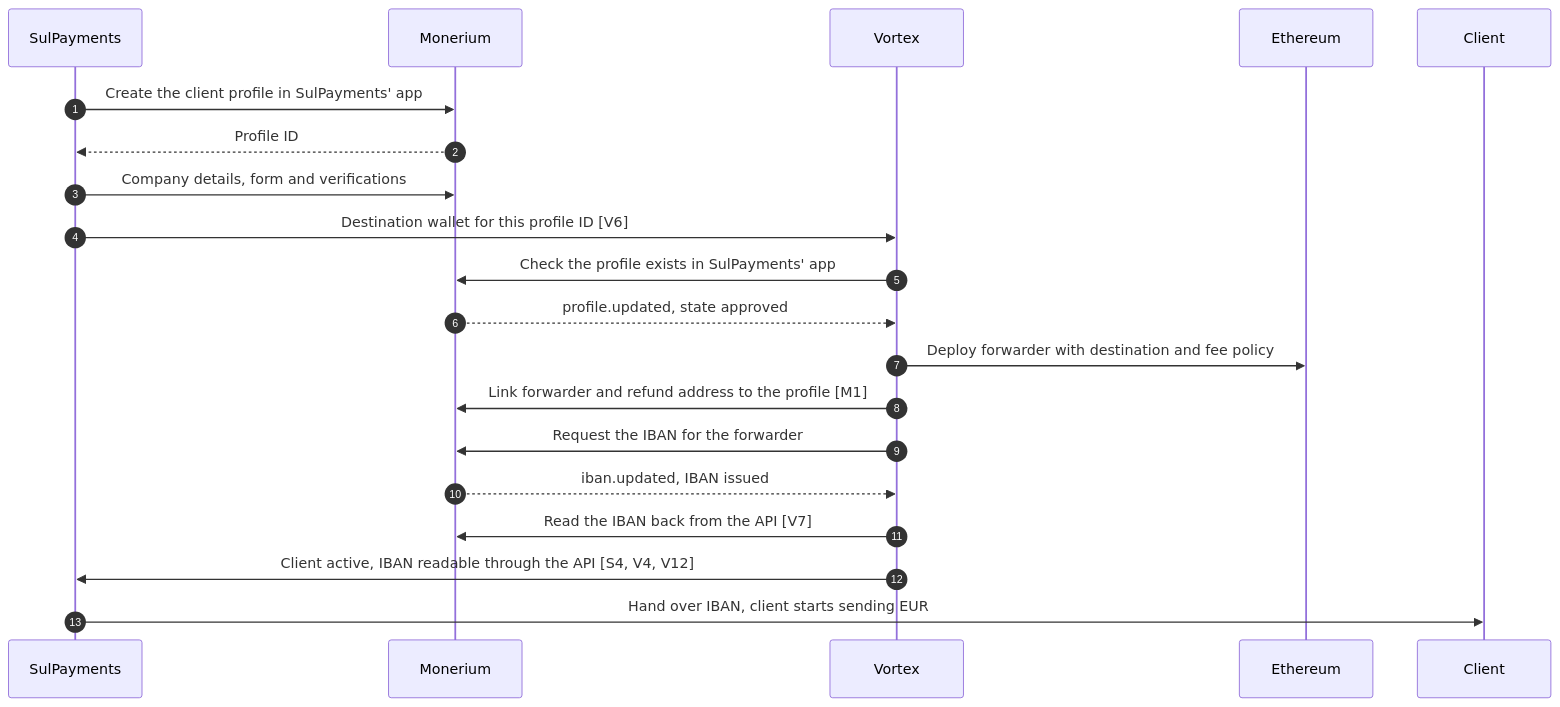
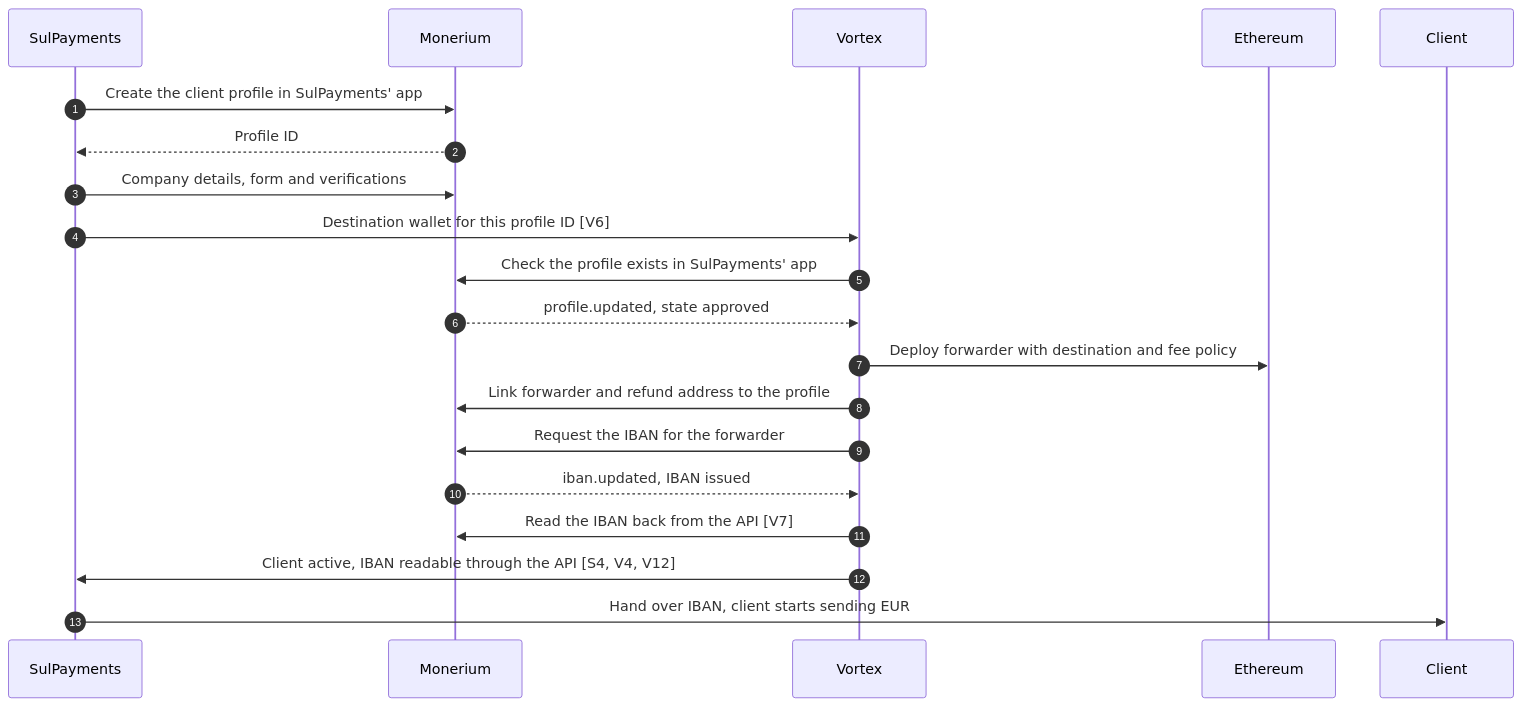
The second of 6 diagrams in docs/product-monerium-b2b-flow.md (pendulum-chain/vortex), drawn with Mermaid before and after one commit. The commit also changed other lines of this file, not shown here.

First line of the commit message:
docs(repo): record the Monerium call outcomes in the B2B flow overview

````diff
--- a/docs/product-monerium-b2b-flow.md
+++ b/docs/product-monerium-b2b-flow.md
@@ -121,23 +121,23 @@
 ```mermaid
 sequenceDiagram
     autonumber
     participant SP as SulPayments
     participant M as Monerium
     participant V as Vortex
     participant C as Ethereum
     participant CL as Client
 
     SP->>M: Create the client profile in SulPayments' app
     M-->>SP: Profile ID
     SP->>M: Company details, form and verifications
     SP->>V: Destination wallet for this profile ID [V6]
     V->>M: Check the profile exists in SulPayments' app
     M-->>V: profile.updated, state approved
     V->>C: Deploy forwarder with destination and fee policy
-    V->>M: Link forwarder and refund address to the profile [M1]
+    V->>M: Link forwarder and refund address to the profile
     V->>M: Request the IBAN for the forwarder
     M-->>V: iban.updated, IBAN issued
     V->>M: Read the IBAN back from the API [V7]
     V->>SP: Client active, IBAN readable through the API [S4, V4, V12]
     SP->>CL: Hand over IBAN, client starts sending EUR
 ```
````
